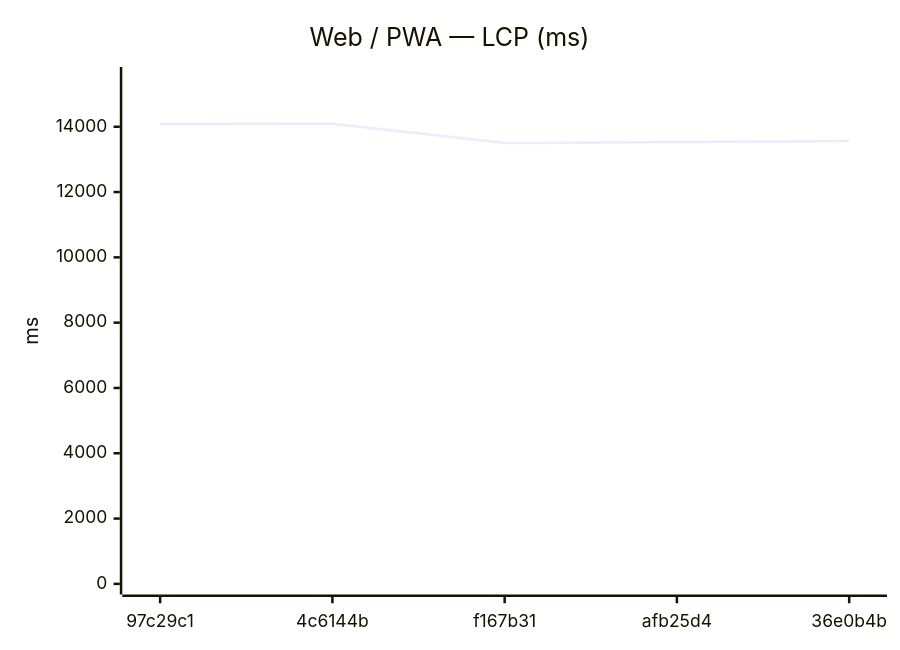
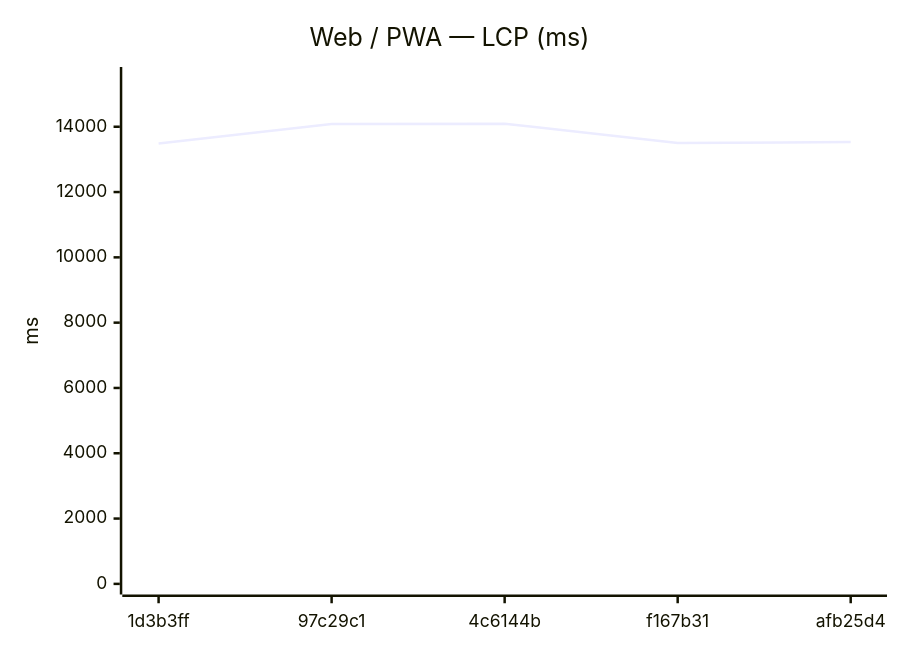
Before and after one commit to Metaheurist/Rianell: the seventh of 18 diagrams in benchmarks/compare.md, drawn with Mermaid. The commit also changed other lines of this file and 11 other files, not shown here.

````diff
--- a/benchmarks/compare.md
+++ b/benchmarks/compare.md
@@ -117,7 +117,7 @@
 ```mermaid
 xychart-beta
     title "Web / PWA — LCP (ms)"
-    x-axis ["97c29c1", "4c6144b", "f167b31", "afb25d4", "36e0b4b"]
+    x-axis ["1d3b3ff", "97c29c1", "4c6144b", "f167b31", "afb25d4"]
     y-axis "ms" 0 --> 15504
-    line [14084, 14094, 13501, 13531, 13563]
+    line [13484, 14084, 14094, 13501, 13531]
 ```
````
